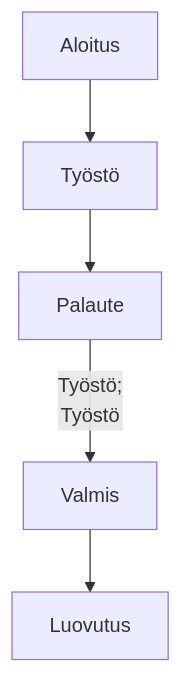
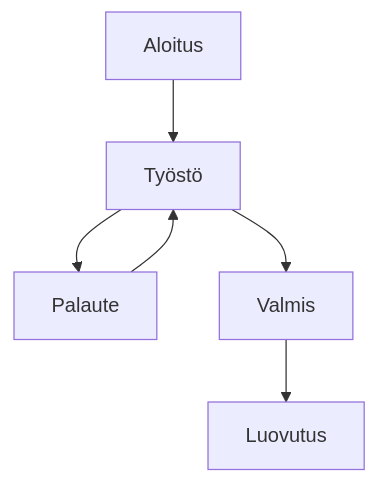
Before and after one commit to Betaoptics/ttos0100---2019-implementation: the diagram in vaatimusmaarittely/pohjat/pohja-tilakone.md, drawn with Mermaid.

````diff
--- a/vaatimusmaarittely/pohjat/pohja-tilakone.md
+++ b/vaatimusmaarittely/pohjat/pohja-tilakone.md
@@ -4,9 +4,9 @@
 ```mermaid
 graph TD;
     Aloitus-->Työstö;
     Työstö-->Palaute;
-    Palaute--Työstö;
+    Palaute-->Työstö;
     Työstö-->Valmis;
     Valmis-->Luovutus;
     
 ```
````
